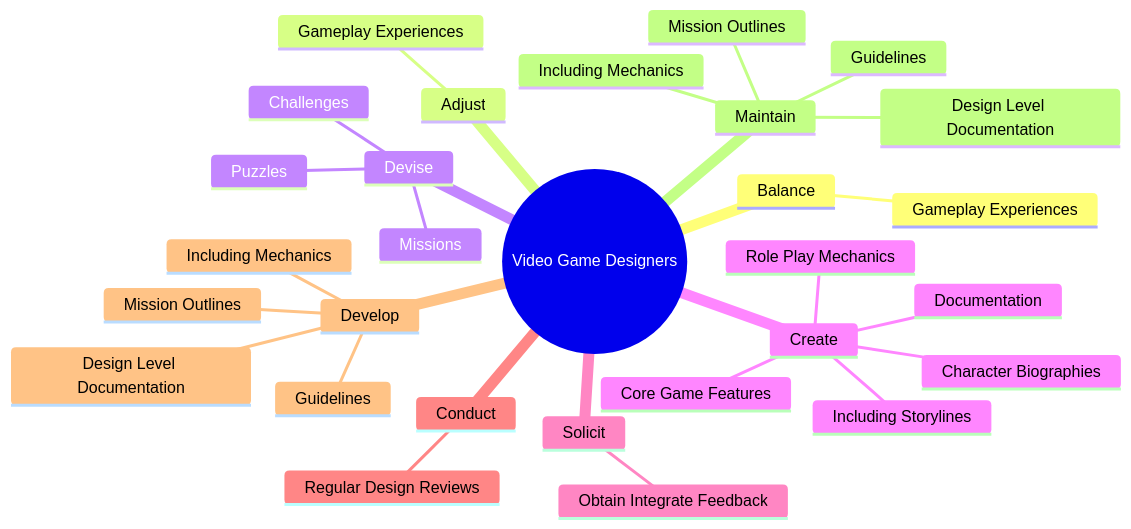
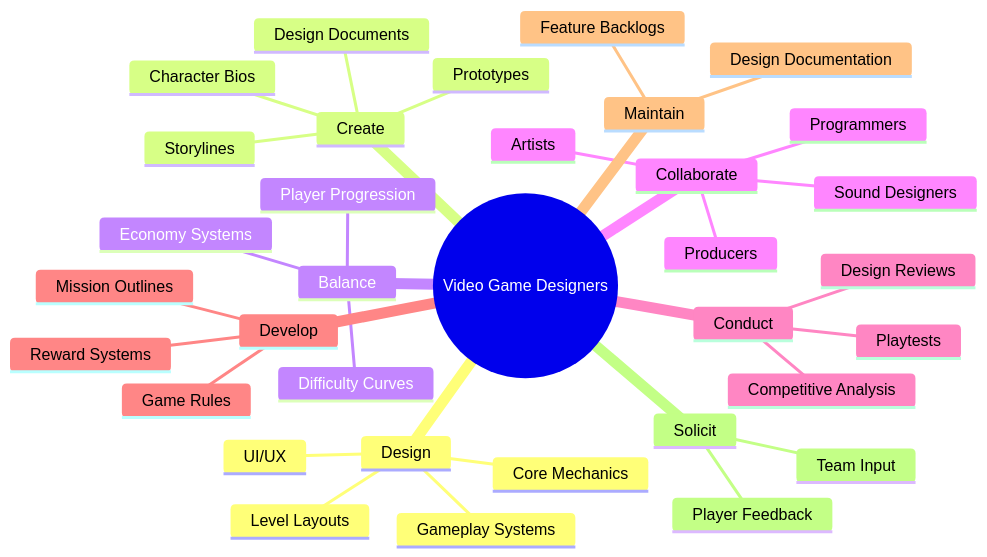
The second of 4 diagrams in occupations/Technology/VideoGameDesigners.mdx (kziemski/business.org.ai), drawn with Mermaid before and after one commit. The commit also changed other lines of this file and 938 other files, not shown here.

````diff
--- a/occupations/Technology/VideoGameDesigners.mdx
+++ b/occupations/Technology/VideoGameDesigners.mdx
@@ -38,32 +46,37 @@
 ```mermaid
 mindmap
     root(("Video Game Designers"))
+        Design
+            Core Mechanics
+            Gameplay Systems
+            Level Layouts
+            UI/UX
+        Create
+            Storylines
+            Character Bios
+            Design Documents
+            Prototypes
         Balance
-            Gameplay Experiences
-        Adjust
-            Gameplay Experiences
-        Devise
-            Missions
-            Challenges
-            Puzzles
-        Create
-            Core Game Features
-            Including Storylines
-            Role Play Mechanics
-            Character Biographies
-            Documentation
+            Difficulty Curves
+            Economy Systems
+            Player Progression
+        Collaborate
+            Artists
+            Programmers
+            Producers
+            Sound Designers
+        Conduct
+            Playtests
+            Design Reviews
+            Competitive Analysis
+        Develop
+            Mission Outlines
+            Game Rules
+            Reward Systems
+        Maintain
+            Design Documentation
+            Feature Backlogs
         Solicit
-            Obtain Integrate Feedback
-        Conduct
-            Regular Design Reviews
-        Develop
-            Design Level Documentation
-            Including Mechanics
-            Guidelines
-            Mission Outlines
-        Maintain
-            Design Level Documentation
-            Including Mechanics
-            Guidelines
-            Mission Outlines
+            Player Feedback
+            Team Input
 ```
````
